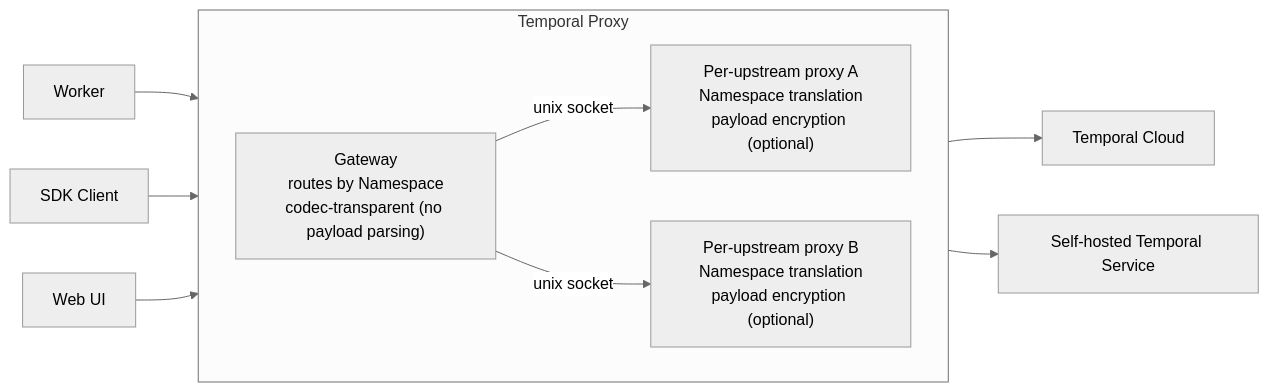
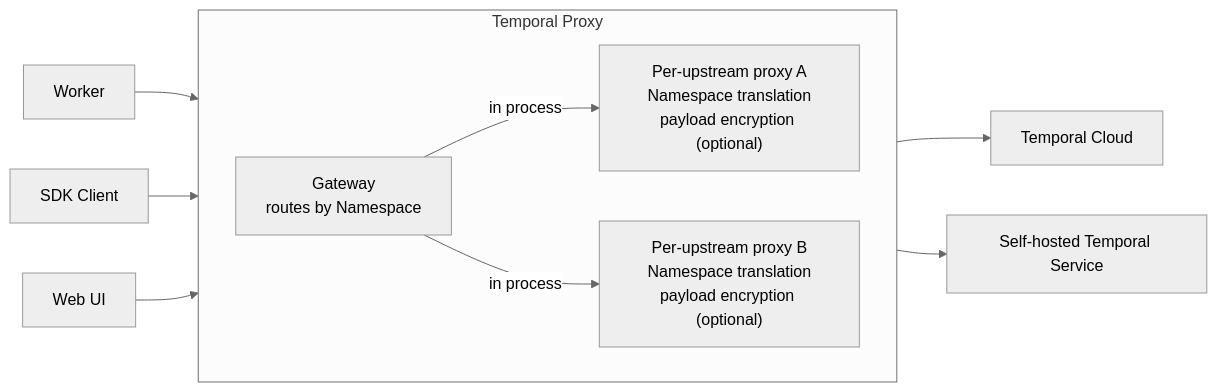
Before and after one commit to temporalio/documentation: the diagram in docs/production-deployment/temporal-proxy/index.mdx, drawn with Mermaid (neutral theme). The commit also changed other lines of this file and 6 other files, not shown here.

````diff
--- a/docs/production-deployment/temporal-proxy/index.mdx
+++ b/docs/production-deployment/temporal-proxy/index.mdx
@@ -45,24 +45,24 @@
 ```mermaid
 flowchart LR
     Worker[Worker]
     Client[SDK Client]
     UI[Web UI]
 
     subgraph Proxy[Temporal Proxy]
         direction LR
-        Gateway["Gateway<br/>routes by Namespace<br/>codec-transparent (no payload parsing)"]
+        Gateway["Gateway<br/>routes by Namespace"]
         ProxyA["Per-upstream proxy A<br/>Namespace translation<br/>payload encryption (optional)"]
         ProxyB["Per-upstream proxy B<br/>Namespace translation<br/>payload encryption (optional)"]
-        Gateway -->|unix socket| ProxyA
-        Gateway -->|unix socket| ProxyB
+        Gateway -->|in process| ProxyA
+        Gateway -->|in process| ProxyB
     end
 
     Cloud[Temporal Cloud]
     SelfHosted[Self-hosted Temporal Service]
 
     Worker --> Gateway
     Client --> Gateway
     UI --> Gateway
     ProxyA --> Cloud
     ProxyB --> SelfHosted
 ```
````
